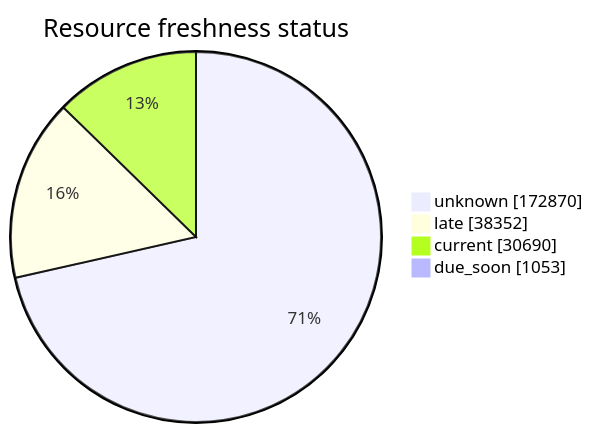
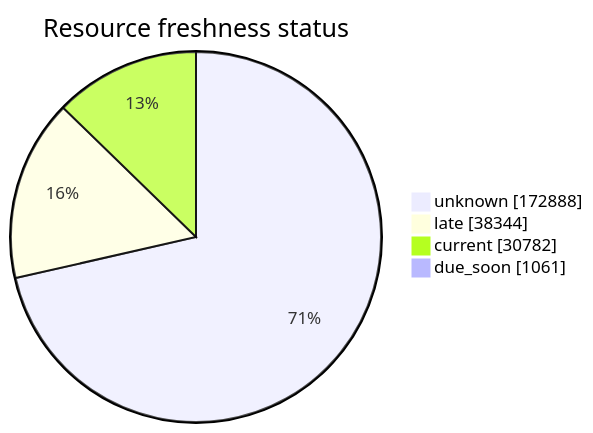
The third of 5 diagrams in FreshCheck/README.md (open-data/analytics-corporate-reporting), drawn with Mermaid before and after one commit. The commit also changed other lines of this file and 3 other files, not shown here.

````diff
--- a/FreshCheck/README.md
+++ b/FreshCheck/README.md
@@ -77,7 +77,7 @@
 ```mermaid
 pie showData title Resource freshness status
-    "unknown": 172870
-    "late": 38352
-    "current": 30690
-    "due_soon": 1053
+    "unknown": 172888
+    "late": 38344
+    "current": 30782
+    "due_soon": 1061
 ```
````
